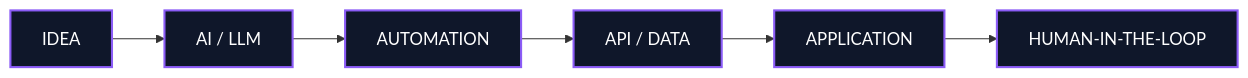
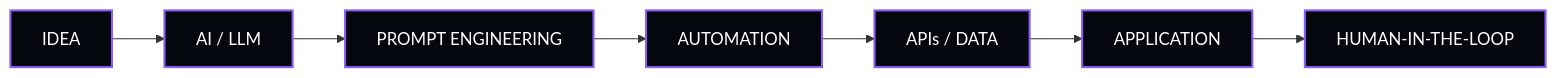
One commit to gallajagadeesh17/portfolio changed the diagram in README.md. Above: the diagram before and after it, drawn with Mermaid. The commit also changed other lines of this file, not shown here.

````diff
--- a/README.md
+++ b/README.md
@@ -111,15 +123,17 @@
 ```mermaid
 flowchart LR
     A[IDEA] --> B[AI / LLM]
-    B --> C[AUTOMATION]
-    C --> D[API / DATA]
-    D --> E[APPLICATION]
-    E --> F[HUMAN-IN-THE-LOOP]
+    B --> C[PROMPT ENGINEERING]
+    C --> D[AUTOMATION]
+    D --> E[APIs / DATA]
+    E --> F[APPLICATION]
+    F --> G[HUMAN-IN-THE-LOOP]
 
-    style A fill:#0f172a,stroke:#8b5cf6,stroke-width:2px,color:#fff
-    style B fill:#0f172a,stroke:#8b5cf6,stroke-width:2px,color:#fff
-    style C fill:#0f172a,stroke:#8b5cf6,stroke-width:2px,color:#fff
-    style D fill:#0f172a,stroke:#8b5cf6,stroke-width:2px,color:#fff
-    style E fill:#0f172a,stroke:#8b5cf6,stroke-width:2px,color:#fff
-    style F fill:#0f172a,stroke:#8b5cf6,stroke-width:2px,color:#fff
+    style A fill:#05070e,stroke:#8b5cf6,stroke-width:2px,color:#fff
+    style B fill:#05070e,stroke:#8b5cf6,stroke-width:2px,color:#fff
+    style C fill:#05070e,stroke:#8b5cf6,stroke-width:2px,color:#fff
+    style D fill:#05070e,stroke:#8b5cf6,stroke-width:2px,color:#fff
+    style E fill:#05070e,stroke:#8b5cf6,stroke-width:2px,color:#fff
+    style F fill:#05070e,stroke:#8b5cf6,stroke-width:2px,color:#fff
+    style G fill:#05070e,stroke:#8b5cf6,stroke-width:2px,color:#fff
 ```
````
